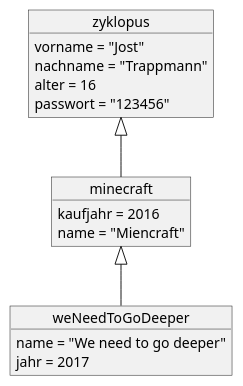
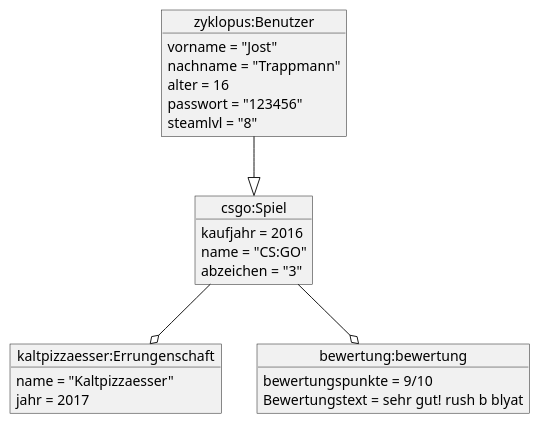
One commit to HEBK-BGM/Verwaltungssoftware_Team_3_TestGIt changed the diagram in Docs/Pflichtenheft/Diagramme/Objektdiagramme.iuml. Above: the diagram before and after it, drawn with PlantUML.

Commit message:
ojektdiagramm

```diff
--- a/Docs/Pflichtenheft/Diagramme/Objektdiagramme.iuml
+++ b/Docs/Pflichtenheft/Diagramme/Objektdiagramme.iuml
@@ -1,22 +1,30 @@
 @startuml Objektdiagramm
 
-object zyklopus {
+object "zyklopus:Benutzer" as zyklopus {
 vorname = "Jost"
 nachname = "Trappmann"
 alter = 16
 passwort = "123456"
+steamlvl = "8"
 }
 
 
-object minecraft {
+object "csgo:Spiel" as csgo {
 kaufjahr = 2016
-name = "Miencraft"
+name = "CS:GO"
+abzeichen = "3"
 }
 
-object weNeedToGoDeeper {
-name = "We need to go deeper"
+object "kaltpizzaesser:Errungenschaft" as kaltpizzaesser {
+name = "Kaltpizzaesser"
 jahr = 2017
 }
-minecraft<|-- weNeedToGoDeeper
-zyklopus<|-- minecraft
+
+object "bewertung:bewertung" as bewertung{
+bewertungspunkte = 9/10
+Bewertungstext = sehr gut! rush b blyat
+}
+csgo --o kaltpizzaesser 
+zyklopus--|> csgo
+csgo --o bewertung
 @enduml
```
